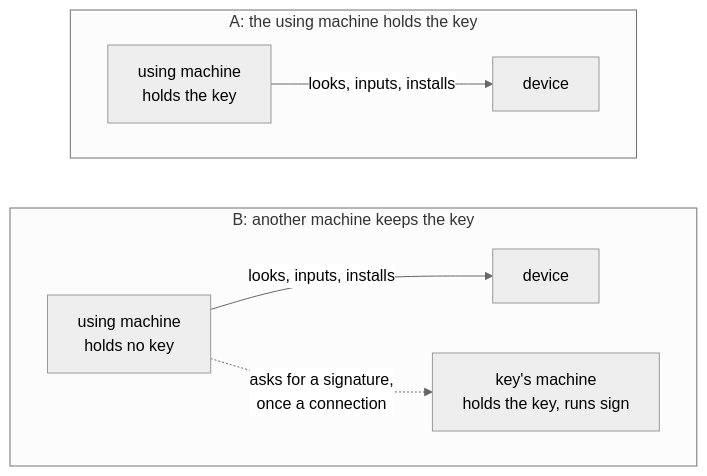
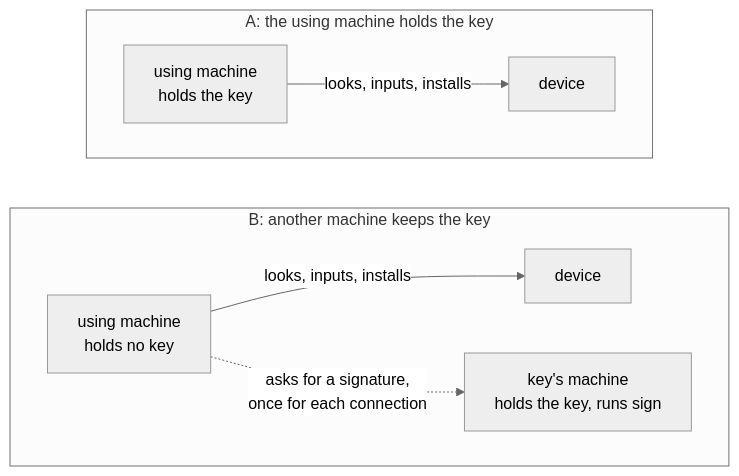
The first of 4 diagrams in Rust/roamrunctl/README.md (mh-mobile/RoamRun), drawn with Mermaid (neutral theme) before and after one commit. The commit also changed other lines of this file, not shown here.

Commit message:
The figures, after a review against the source: the pairing is tried over Tailscale before its key is kept, the near machine says which device, the device proves itself first, and B's pairing is made as in A

````diff
--- a/Rust/roamrunctl/README.md
+++ b/Rust/roamrunctl/README.md
@@ -70,12 +70,12 @@
 ```mermaid
 flowchart LR
   subgraph b["B: another machine keeps the key"]
     direction LR
     ub["using machine<br/>holds no key"] -->|"looks, inputs, installs"| db["device"]
-    ub -.->|"asks for a signature,<br/>once a connection"| kb["key's machine<br/>holds the key, runs sign"]
+    ub -.->|"asks for a signature,<br/>once for each connection"| kb["key's machine<br/>holds the key, runs sign"]
   end
   subgraph a["A: the using machine holds the key"]
     direction LR
     ua["using machine<br/>holds the key"] -->|"looks, inputs, installs"| da["device"]
   end
 ```
````
